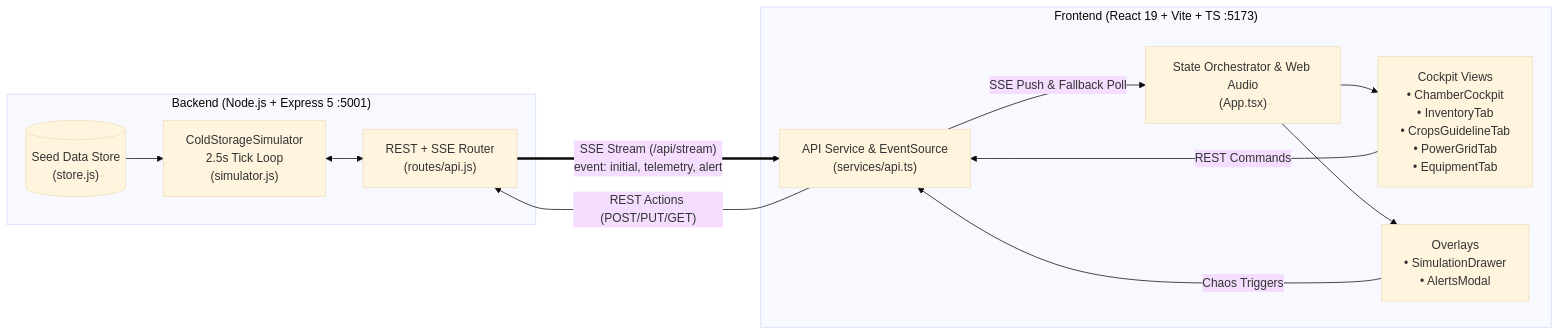
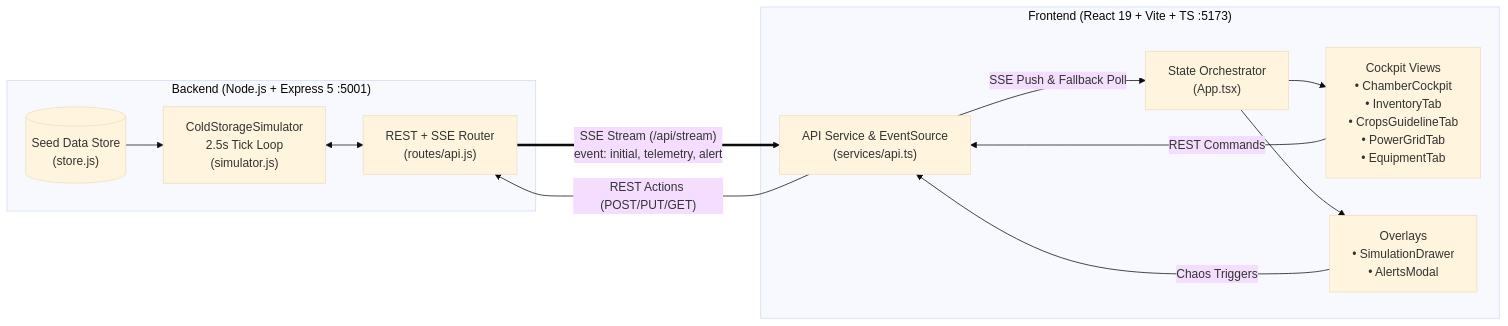
The diagram in README.md (dummy-radx/HimKosh), drawn with Mermaid (base theme) before and after one commit. The commit also changed other lines of this file and 9 other files, not shown here.

Commit message:
refactor: rebrand project from HimKosh to Bifrost and remove web audio alerts

````diff
--- a/README.md
+++ b/README.md
@@ -33,25 +33,25 @@
 ```mermaid
 flowchart LR
     subgraph Backend["Backend (Node.js + Express 5 :5001)"]
         Store[("Seed Data Store<br/>(store.js)")]
         Sim["ColdStorageSimulator<br/>2.5s Tick Loop<br/>(simulator.js)"]
         API["REST + SSE Router<br/>(routes/api.js)"]
         Store --> Sim
         Sim <--> API
     end
 
     subgraph Frontend["Frontend (React 19 + Vite + TS :5173)"]
         Client["API Service & EventSource<br/>(services/api.ts)"]
-        App["State Orchestrator & Web Audio<br/>(App.tsx)"]
+        App["State Orchestrator<br/>(App.tsx)"]
         Views["Cockpit Views<br/>• ChamberCockpit<br/>• InventoryTab<br/>• CropsGuidelineTab<br/>• PowerGridTab<br/>• EquipmentTab"]
         Drawers["Overlays<br/>• SimulationDrawer<br/>• AlertsModal"]
         Client -->|SSE Push & Fallback Poll| App
         App --> Views
         App --> Drawers
         Views -->|REST Commands| Client
         Drawers -->|Chaos Triggers| Client
     end
 
     API ===>|"SSE Stream (/api/stream)<br/>event: initial, telemetry, alert"| Client
     Client -->|"REST Actions (POST/PUT/GET)"| API
 ```
````
